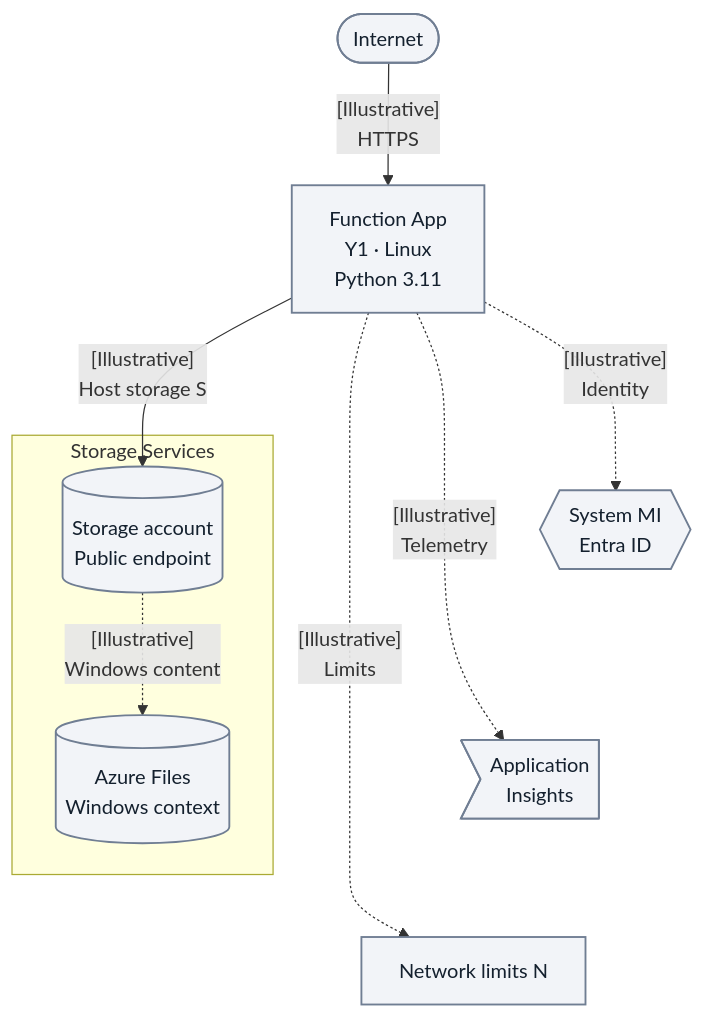
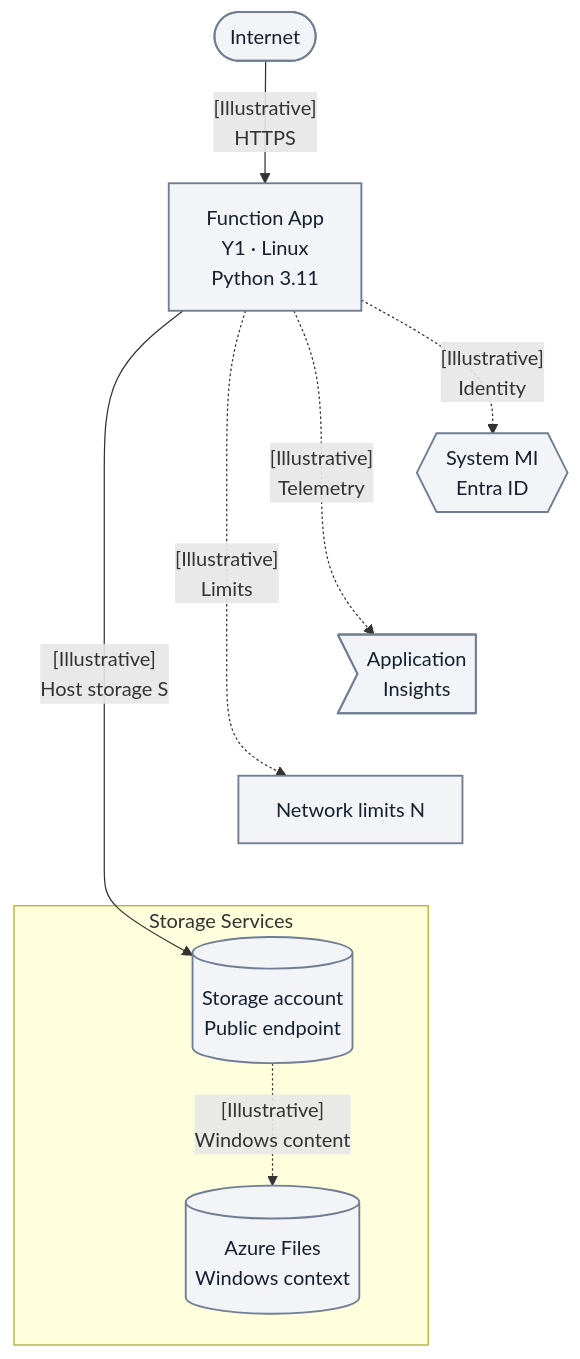
The second of 5 diagrams in docs/language-guides/python/tutorial/index.md (yeongseon/azure-functions-practical-guide), drawn with Mermaid before and after one commit. The commit also changed other lines of this file and 1 other file, not shown here.

First line of the commit message:
docs(diagrams): finish narrow Python hosting-plan layouts

````diff
--- a/docs/language-guides/python/tutorial/index.md
+++ b/docs/language-guides/python/tutorial/index.md
@@ -169,23 +169,24 @@
 ```mermaid
 flowchart TD
     accTitle: Python 3.11 Linux Consumption Y1 public-network context
     accDescr: Public HTTPS and host Storage access remain separate from optional system identity and telemetry. The Storage Services boundary retains Azure Files as Windows Consumption context, not a Linux Python content dependency. Y1 has no outbound VNet integration or app private endpoint.
     client(["Internet"]) -->|"[Illustrative]<br/>HTTPS"| app_runtime["Function App<br/>Y1 · Linux<br/>Python 3.11"]
     identity{{"System MI<br/>Entra ID"}}
     telemetry>"Application<br/>Insights"]
     NO_VNET["Network limits N"]
     subgraph STORAGE["Storage Services"]
         storage_db[("Storage account<br/>Public endpoint")]
         FS[("Azure Files<br/>Windows context")]
     end
     app_runtime -.->|"[Illustrative]<br/>Identity"| identity
     app_runtime -.->|"[Illustrative]<br/>Telemetry"| telemetry
     app_runtime -.->|"[Illustrative]<br/>Limits"| NO_VNET
     app_runtime -->|"[Illustrative]<br/>Host storage S"| storage_db
     storage_db -.->|"[Illustrative]<br/>Windows content"| FS
     %% Layout-only tiers; add no requests or visible arrows.
     identity ~~~ telemetry
     telemetry ~~~ NO_VNET
+    NO_VNET ~~~ storage_db
     classDef baseNeutral fill:#f2f4f8,stroke:#707e93,stroke-width:1.5px,color:#14202e;
     class client,app_runtime,identity,telemetry,NO_VNET,storage_db,FS baseNeutral;
 ```
````
